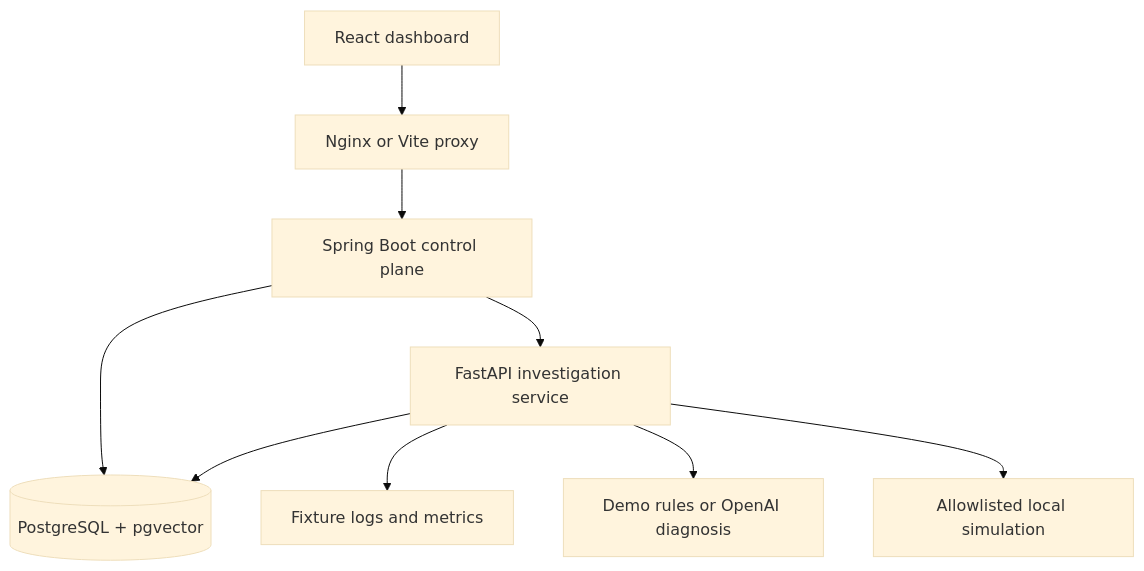
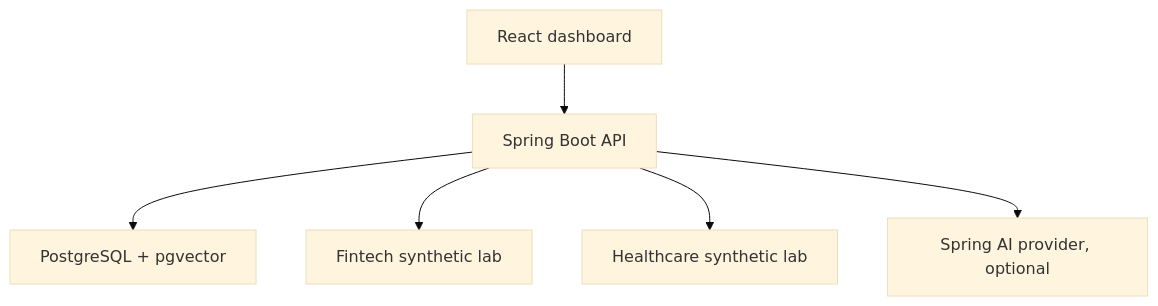
One commit to jayateja-a/opspilot-ai changed the first of 2 diagrams in docs/architecture.md. Above: the diagram before and after it, drawn with Mermaid (base theme). The commit also changed other lines of this file and 49 other files, not shown here.

Commit message:
Migrate OpsPilot to Spring AI and ITSM lab MVP

````diff
--- a/docs/architecture.md
+++ b/docs/architecture.md
@@ -7,11 +5,8 @@
 ```mermaid
 flowchart TD
-  UI["React dashboard"] --> Proxy["Nginx or Vite proxy"]
-  Proxy --> Java["Spring Boot control plane"]
-  Java --> DB[("PostgreSQL + pgvector")]
-  Java --> Python["FastAPI investigation service"]
-  Python --> DB
-  Python --> Evidence["Fixture logs and metrics"]
-  Python --> Analysis["Demo rules or OpenAI diagnosis"]
-  Python --> Simulation["Allowlisted local simulation"]
+  UI["React dashboard"] --> API["Spring Boot API"]
+  API --> DB["PostgreSQL + pgvector"]
+  API --> FIN["Fintech synthetic lab"]
+  API --> HC["Healthcare synthetic lab"]
+  API --> AI["Spring AI provider, optional"]
 ```
````
